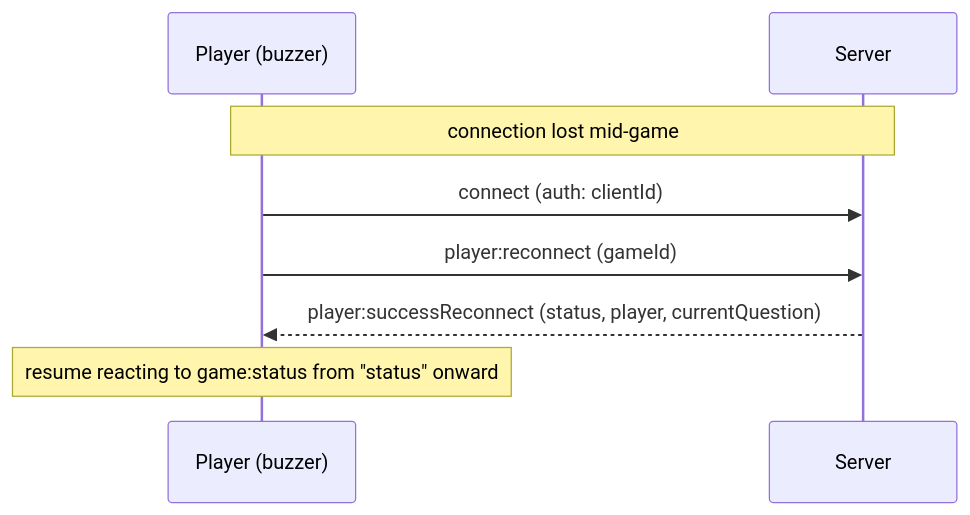
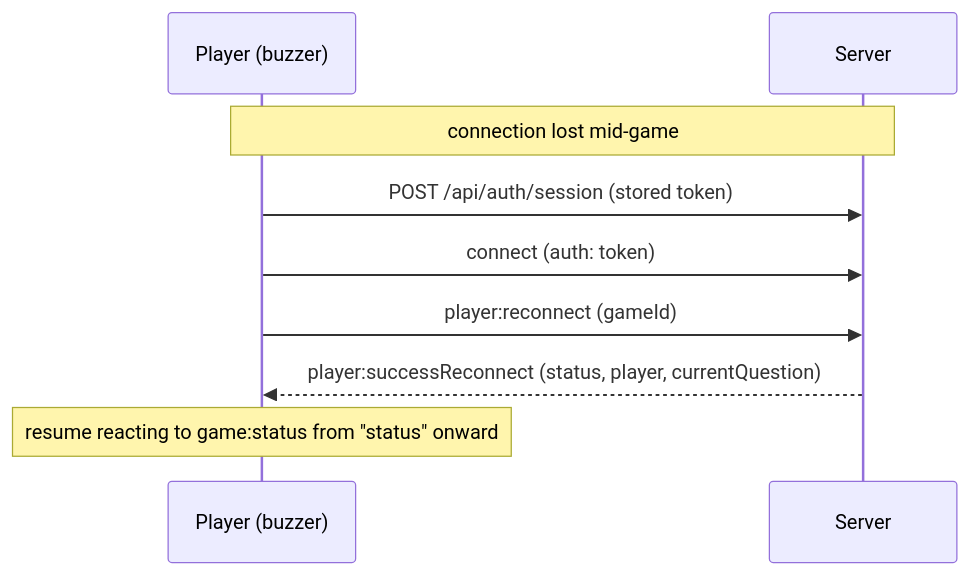
Before and after one commit to Ralex91/Razzia: the second of 2 diagrams in docs/websocket-protocol.md, drawn with Mermaid. The commit also changed other lines of this file and 7 other files, not shown here.

Commit message:
docs: document the http api and the token handshake

````diff
--- a/docs/websocket-protocol.md
+++ b/docs/websocket-protocol.md
@@ -154,13 +187,14 @@
 ```mermaid
 sequenceDiagram
     participant P as Player (buzzer)
     participant S as Server
 
     Note over P,S: connection lost mid-game
 
-    P->>S: connect (auth: clientId)
+    P->>S: POST /api/auth/session (stored token)
+    P->>S: connect (auth: token)
     P->>S: player:reconnect (gameId)
     S-->>P: player:successReconnect (status, player, currentQuestion)
 
     Note over P: resume reacting to game:status from "status" onward
 ```
````
